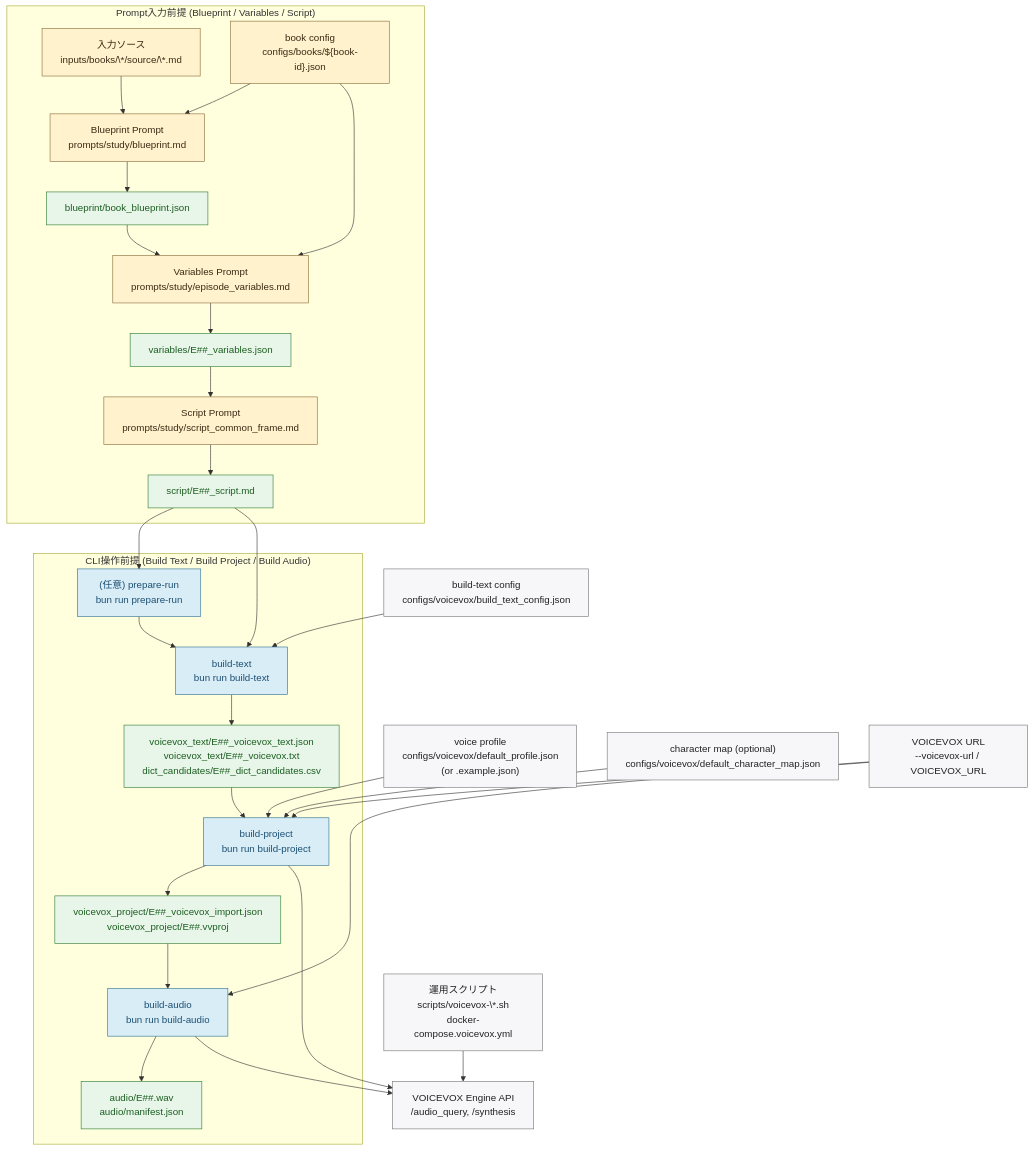
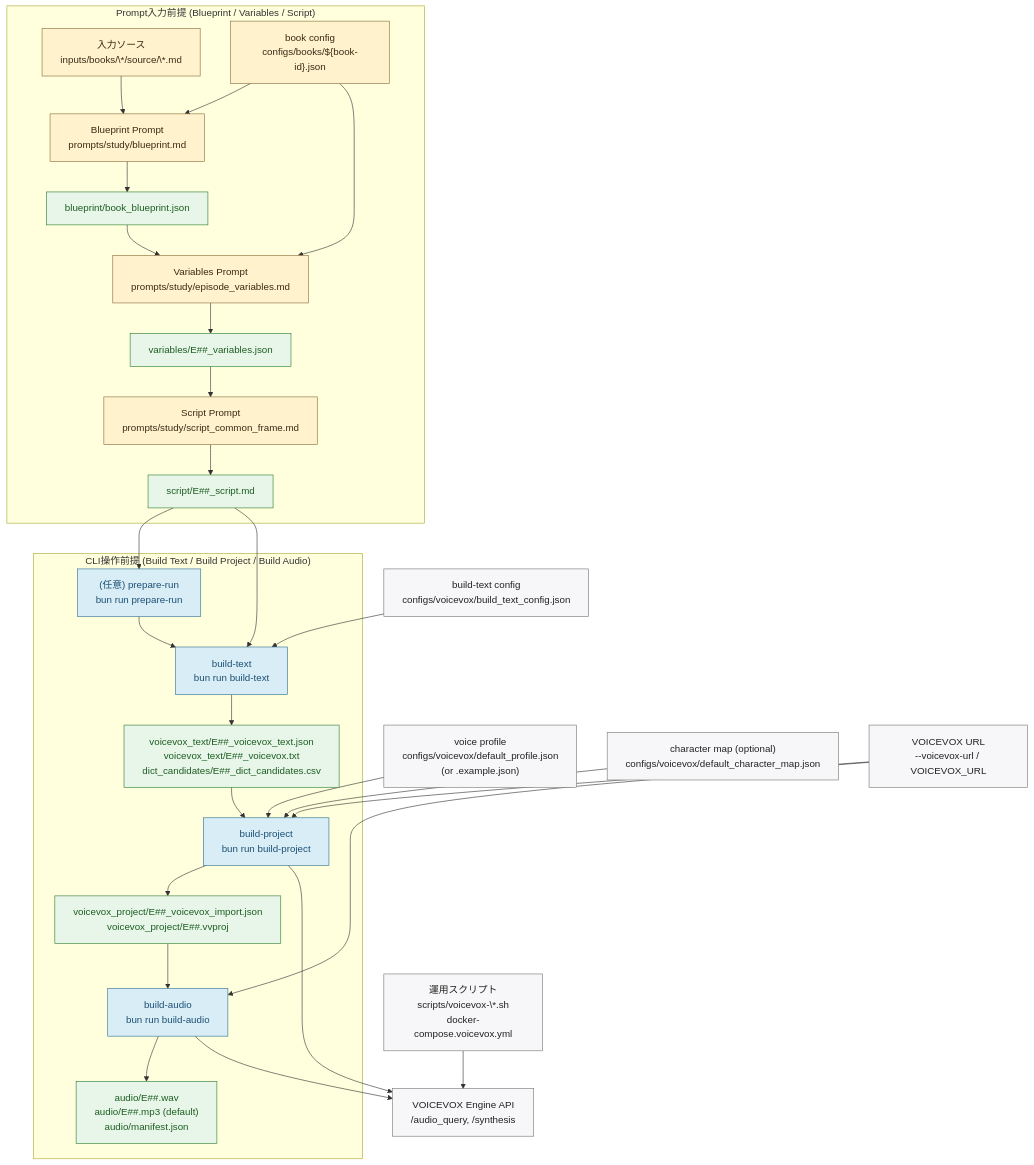
The diagram in docs/architecture/pipeline.md (niroe5tar64/narrative-vox), drawn with Mermaid before and after one commit. The commit also changed other lines of this file and 6 other files, not shown here.

````diff
--- a/docs/architecture/pipeline.md
+++ b/docs/architecture/pipeline.md
@@ -12,64 +12,64 @@
 ```mermaid
 flowchart TB
   subgraph PromptFlow["Prompt入力前提 (Blueprint / Variables / Script)"]
     S["入力ソース<br/>inputs/books/\*/source/\*.md"]
     BCFG["book config<br/>configs/books/${book-id}.json"]
     P1["Blueprint Prompt<br/>prompts/study/blueprint.md"]
     O1["blueprint/book_blueprint.json"]
     P2["Variables Prompt<br/>prompts/study/episode_variables.md"]
     O2["variables/E##_variables.json"]
     P3["Script Prompt<br/>prompts/study/script_common_frame.md"]
     O3["script/E##_script.md"]
     S --> P1
     BCFG --> P1
     P1 --> O1
     O1 --> P2
     BCFG --> P2
     P2 --> O2
     O2 --> P3
     P3 --> O3
   end
 
   subgraph CliFlow["CLI操作前提 (Build Text / Build Project / Build Audio)"]
     C0["(任意) prepare-run<br/>bun run prepare-run"]
     C1["build-text<br/>bun run build-text"]
     C2["build-project<br/>bun run build-project"]
     C3["build-audio<br/>bun run build-audio"]
     O4["voicevox_text/E##_voicevox_text.json<br/>voicevox_text/E##_voicevox.txt<br/>dict_candidates/E##_dict_candidates.csv"]
     O5["voicevox_project/E##_voicevox_import.json<br/>voicevox_project/E##.vvproj"]
-    O6["audio/E##.wav<br/>audio/manifest.json"]
+    O6["audio/E##.wav<br/>audio/E##.mp3 (default)<br/>audio/manifest.json"]
     C0 --> C1
     C1 --> O4
     O4 --> C2
     C2 --> O5
     O5 --> C3
     C3 --> O6
   end
 
   CFG4["build-text config<br/>configs/voicevox/build_text_config.json"]
   CFG5P["voice profile<br/>configs/voicevox/default_profile.json<br/>(or .example.json)"]
   CFG5S["character map (optional)<br/>configs/voicevox/default_character_map.json"]
   VXURL["VOICEVOX URL<br/>--voicevox-url / VOICEVOX_URL"]
   VXAPI["VOICEVOX Engine API<br/>/audio_query, /synthesis"]
   VXSCRIPT["運用スクリプト<br/>scripts/voicevox-\*.sh<br/>docker-compose.voicevox.yml"]
 
   O3 --> C0
   O3 --> C1
   CFG4 --> C1
   CFG5P --> C2
   CFG5S --> C2
   VXURL --> C2
   VXURL --> C3
   VXSCRIPT --> VXAPI
   C2 --> VXAPI
   C3 --> VXAPI
 
   classDef prompt fill:#fff2cc,stroke:#8a6d3b,color:#3a2a14;
   classDef cli fill:#d9edf7,stroke:#31708f,color:#1b4f72;
   classDef cfg fill:#f7f7f9,stroke:#777,color:#222;
   classDef out fill:#e8f5e9,stroke:#2e7d32,color:#1b5e20;
   class S,BCFG,P1,P2,P3 prompt;
   class C0,C1,C2,C3 cli;
   class CFG4,CFG5P,CFG5S,VXURL,VXAPI,VXSCRIPT cfg;
   class O1,O2,O3,O4,O5,O6 out;
 ```
````
